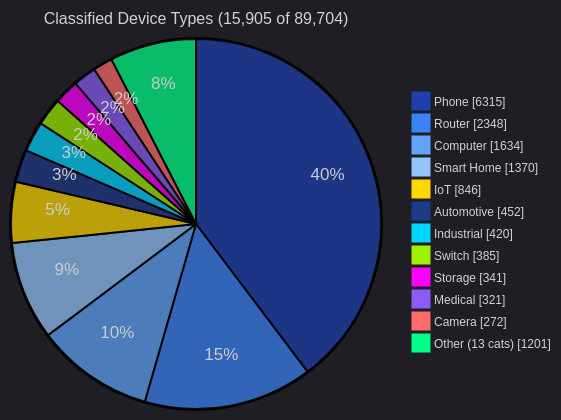
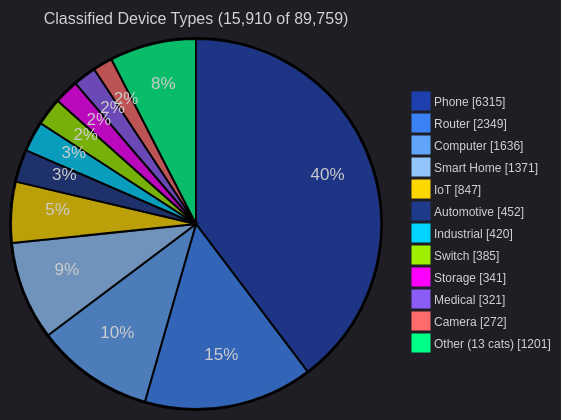
Before and after one commit to Ringmast4r/OUI-Master-Database: the fourth of 5 diagrams in README.md, drawn with Mermaid. The commit also changed other lines of this file and 14 other files, not shown here.

````diff
--- a/README.md
+++ b/README.md
@@ -166,17 +166,17 @@
 ```mermaid
 %%{init: {'theme':'dark', 'themeVariables': {'pie1':'#1E40AF','pie2':'#3B82F6','pie3':'#60A5FA','pie4':'#93C5FD','pie5':'#FFD700','pie6':'#1E3A8A','pie7':'#00D4FF','pie8':'#9FEF00','pie9':'#FF00FF','pie10':'#8B5CF6','pie11':'#FF6B6B','pie12':'#00FF88','pieTitleTextSize':'16px','pieLegendTextSize':'12px'}}}%%
 pie showData
-    title Classified Device Types (15,905 of 89,704)
+    title Classified Device Types (15,910 of 89,759)
     "Phone" : 6315
-    "Router" : 2348
-    "Computer" : 1634
-    "Smart Home" : 1370
-    "IoT" : 846
+    "Router" : 2349
+    "Computer" : 1636
+    "Smart Home" : 1371
+    "IoT" : 847
     "Automotive" : 452
     "Industrial" : 420
     "Switch" : 385
     "Storage" : 341
     "Medical" : 321
     "Camera" : 272
     "Other (13 cats)" : 1201
 ```
````
